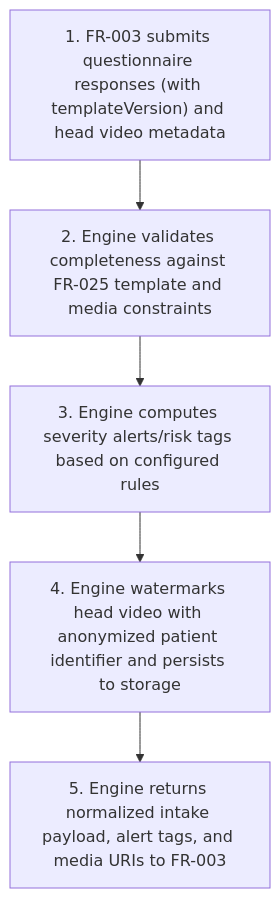
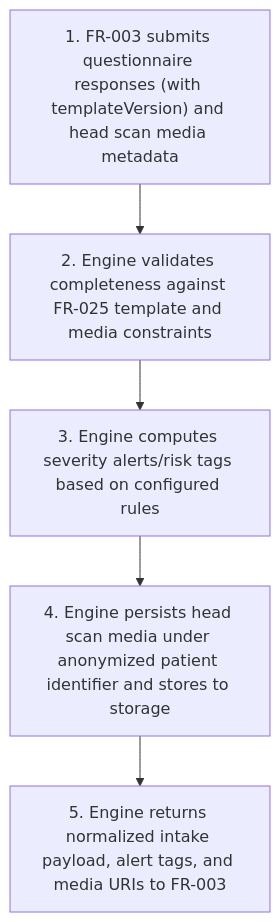
The first of 6 diagrams in project-requirements/functional-requirements/fr002-medical-history/prd.md (joachimtrungtuan/hairline-pm-docs), drawn with Mermaid before and after one commit. The commit also changed other lines of this file and 28 other files, not shown here.

````diff
--- a/project-requirements/functional-requirements/fr002-medical-history/prd.md
+++ b/project-requirements/functional-requirements/fr002-medical-history/prd.md
@@ -87,7 +88,7 @@
 ```mermaid
 flowchart TD
-  S1["1. FR-003 submits questionnaire responses (with templateVersion) and head video metadata"] --> S2["2. Engine validates completeness against FR-025 template and media constraints"]
+  S1["1. FR-003 submits questionnaire responses (with templateVersion) and head scan media metadata"] --> S2["2. Engine validates completeness against FR-025 template and media constraints"]
   S2 --> S3["3. Engine computes severity alerts/risk tags based on configured rules"]
-  S3 --> S4["4. Engine watermarks head video with anonymized patient identifier and persists to storage"]
+  S3 --> S4["4. Engine persists head scan media under anonymized patient identifier and stores to storage"]
   S4 --> S5["5. Engine returns normalized intake payload, alert tags, and media URIs to FR-003"]
 ```
````
